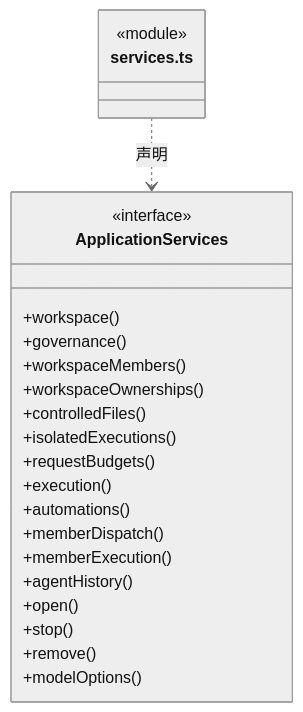
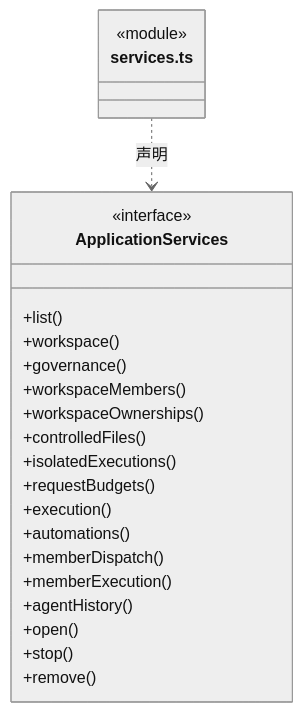
One commit to nan023062/cbim changed diagram 13 of 22 in src/bridge/server/ipc/ARCHITECTURE.md. Above: the diagram before and after it, drawn with Mermaid (neutral theme). The commit also changed other lines of this file and 131 other files, not shown here.

````diff
--- a/src/bridge/server/ipc/ARCHITECTURE.md
+++ b/src/bridge/server/ipc/ARCHITECTURE.md
@@ -202,26 +202,26 @@
 ```mermaid
 classDiagram
 class N_src_bridge_server_ipc_services_ts["services.ts"] {
   <<module>>
 }
 class N_src_bridge_server_ipc_services_ts_ApplicationServices["ApplicationServices"] {
   <<interface>>
+  +list()
   +workspace()
   +governance()
   +workspaceMembers()
   +workspaceOwnerships()
   +controlledFiles()
   +isolatedExecutions()
   +requestBudgets()
   +execution()
   +automations()
   +memberDispatch()
   +memberExecution()
   +agentHistory()
   +open()
   +stop()
   +remove()
-  +modelOptions()
 }
 N_src_bridge_server_ipc_services_ts ..> N_src_bridge_server_ipc_services_ts_ApplicationServices : 声明
 ```
````
